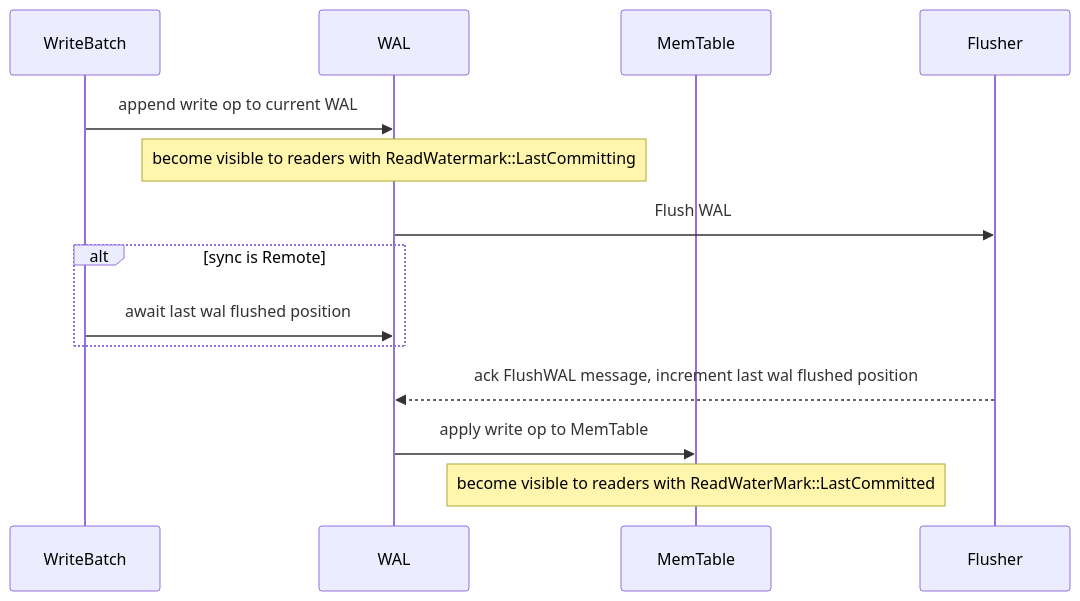
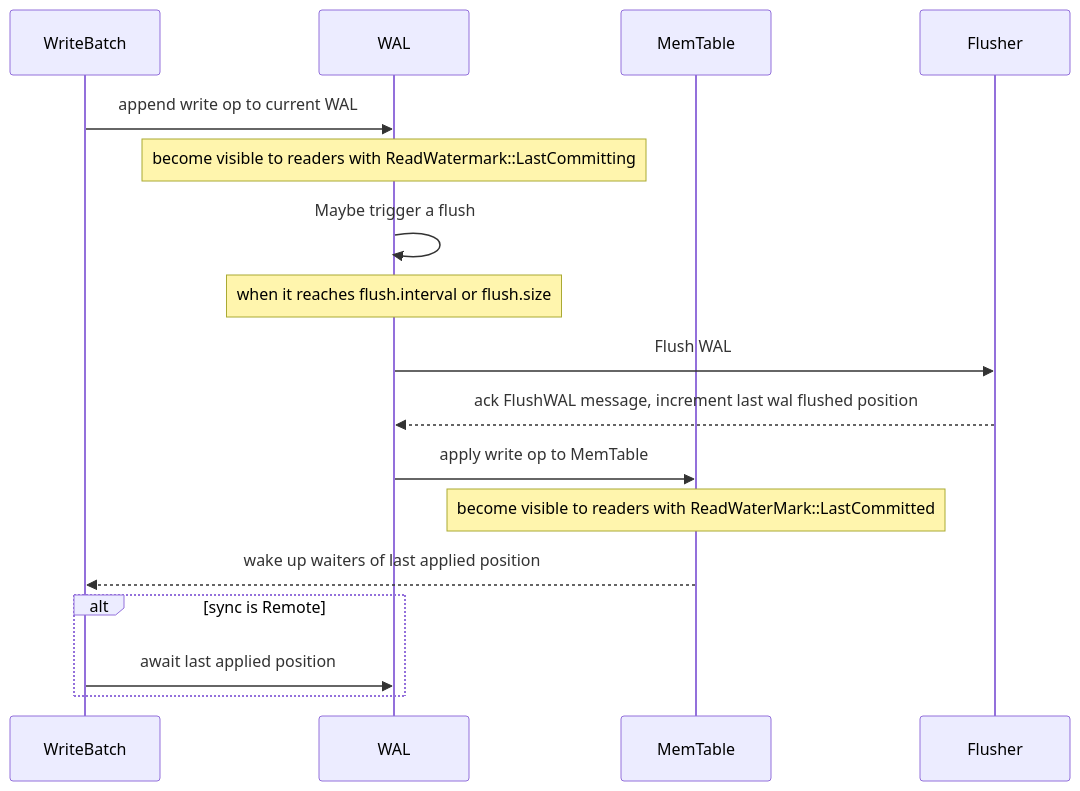
Before and after one commit to slatedb/slatedb: the third of 4 diagrams in rfcs/0007-synchronous-commit.md, drawn with Mermaid. The commit also changed other lines of this file, not shown here.

Commit message:
tune the diagram

````diff
--- a/rfcs/0007-synchronous-commit.md
+++ b/rfcs/0007-synchronous-commit.md
@@ -329,20 +329,27 @@
 ```mermaid
 sequenceDiagram
     participant WriteBatch
     participant WAL
     participant MemTable
     participant Flusher
 
     WriteBatch->>WAL: append write op to current WAL
     Note over WAL: become visible to readers with ReadWatermark::LastCommitting
 
+    WAL->>WAL: Maybe trigger a flush
+    Note over WAL: when it reaches flush.interval or flush.size
+
     WAL->>Flusher: Flush WAL
-    alt sync is Remote
-        WriteBatch->>WAL: await last wal flushed position
-    end
+
 
     Flusher-->>WAL: ack FlushWAL message, increment last wal flushed position
 
     WAL->>MemTable: apply write op to MemTable
-    Note over MemTable: become visible to readers with ReadWaterMark::LastCommitted 
+    Note over MemTable: become visible to readers with ReadWaterMark::LastCommitted
+
+    MemTable-->>WriteBatch: wake up waiters of last applied position
+
+    alt sync is Remote
+        WriteBatch->>WAL: await last applied position
+    end
 ```
````
